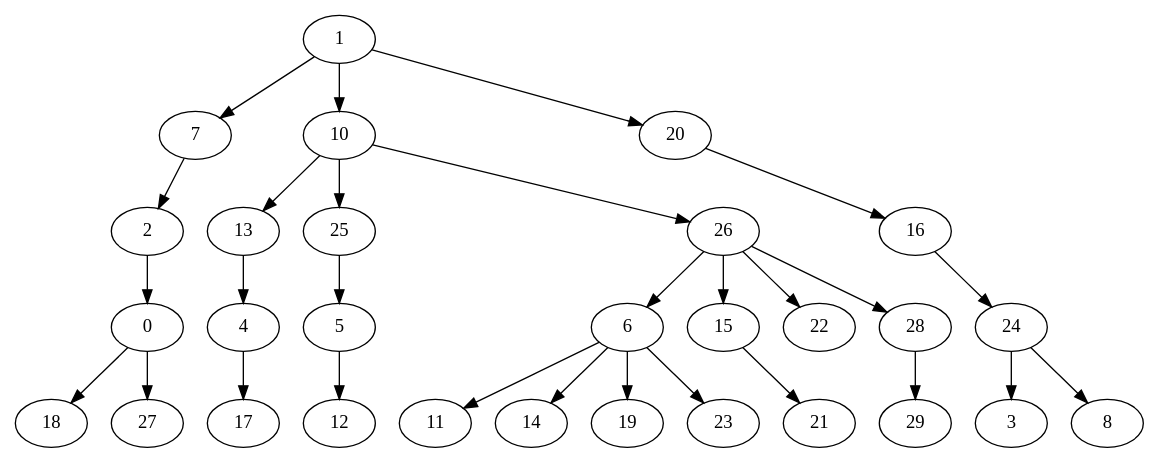
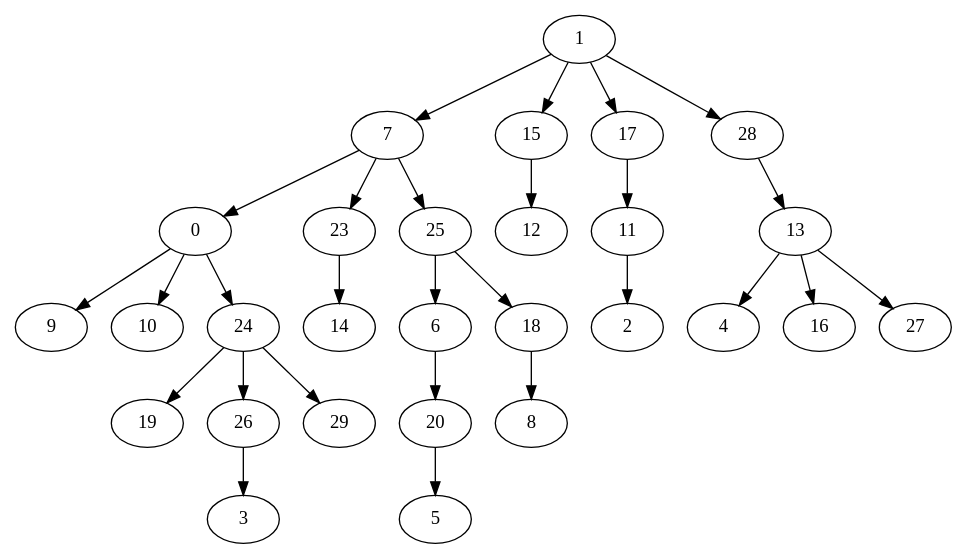
One commit to GusRojas/Grafos2DAA_A24 changed the diagram in arbol_bfs_geo30.gv. Above: the diagram before and after it, drawn with Graphviz. The commit also changed 12 other files, not shown here.

```diff
--- a/arbol_bfs_geo30.gv
+++ b/arbol_bfs_geo30.gv
@@ -1,30 +1,29 @@
 digraph {
   1 -> 7;
-  1 -> 10;
-  1 -> 20;
-  7 -> 2;
-  10 -> 13;
-  10 -> 25;
-  10 -> 26;
-  20 -> 16;
-  2 -> 0;
+  1 -> 15;
+  1 -> 17;
+  1 -> 28;
+  7 -> 0;
+  7 -> 23;
+  7 -> 25;
+  15 -> 12;
+  17 -> 11;
+  28 -> 13;
+  0 -> 9;
+  0 -> 10;
+  0 -> 24;
+  23 -> 14;
+  25 -> 6;
+  25 -> 18;
+  11 -> 2;
   13 -> 4;
-  25 -> 5;
-  26 -> 6;
-  26 -> 15;
-  26 -> 22;
-  26 -> 28;
-  16 -> 24;
-  0 -> 18;
-  0 -> 27;
-  4 -> 17;
-  5 -> 12;
-  6 -> 11;
-  6 -> 14;
-  6 -> 19;
-  6 -> 23;
-  15 -> 21;
-  28 -> 29;
-  24 -> 3;
-  24 -> 8;
+  13 -> 16;
+  13 -> 27;
+  24 -> 19;
+  24 -> 26;
+  24 -> 29;
+  6 -> 20;
+  18 -> 8;
+  26 -> 3;
+  20 -> 5;
 }
```
